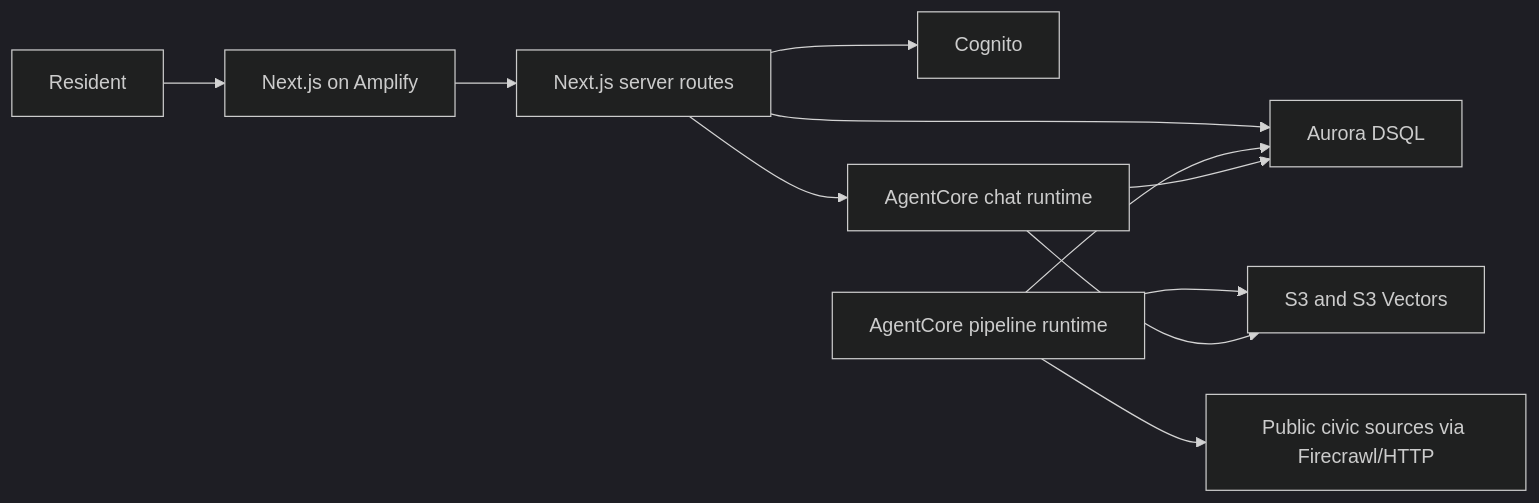
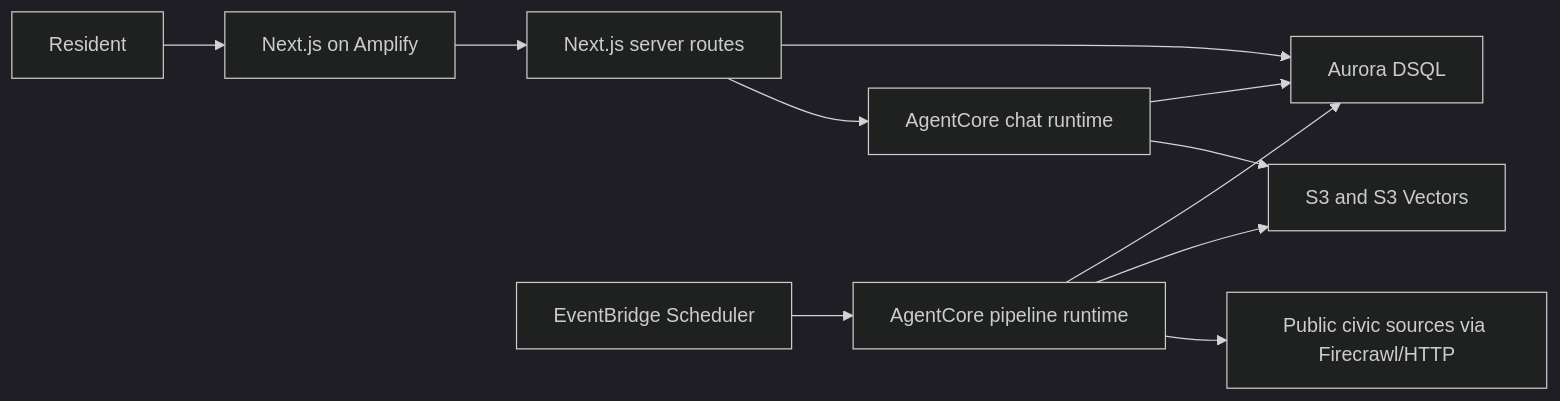
One commit to k1lst1x/DOCKET changed the diagram in docs/architecture.md. Above: the diagram before and after it, drawn with Mermaid (dark theme). The commit also changed other lines of this file and 5 other files, not shown here.

First line of the commit message:
docs: architecture diagram and docs match email and password accounts

````diff
--- a/docs/architecture.md
+++ b/docs/architecture.md
@@ -7,13 +7,13 @@
 ```mermaid
 flowchart LR
   Resident --> UI[Next.js on Amplify]
   UI --> WebAPI[Next.js server routes]
-  WebAPI --> Cognito[Cognito]
   WebAPI --> DSQL[Aurora DSQL]
   WebAPI --> Chat[AgentCore chat runtime]
+  Scheduler[EventBridge Scheduler] --> Pipeline
   Pipeline[AgentCore pipeline runtime] --> DSQL
   Pipeline --> S3[S3 and S3 Vectors]
   Pipeline --> Sources[Public civic sources via Firecrawl/HTTP]
   Chat --> DSQL
   Chat --> S3
 ```
````
